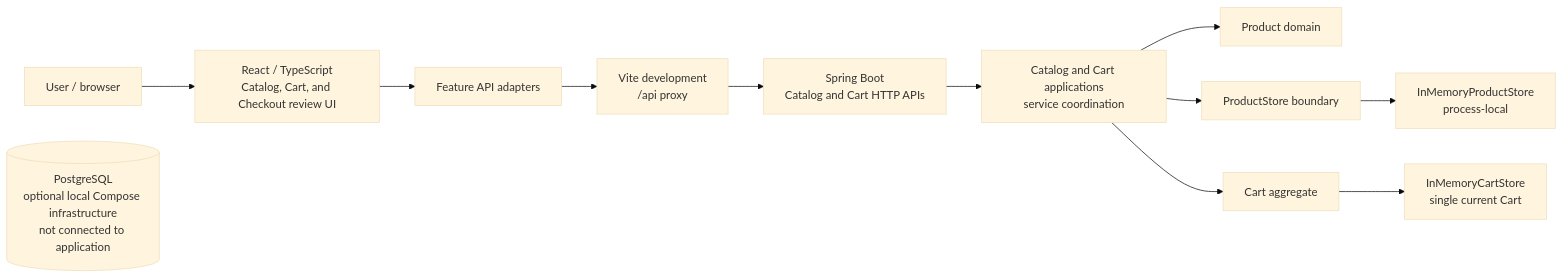
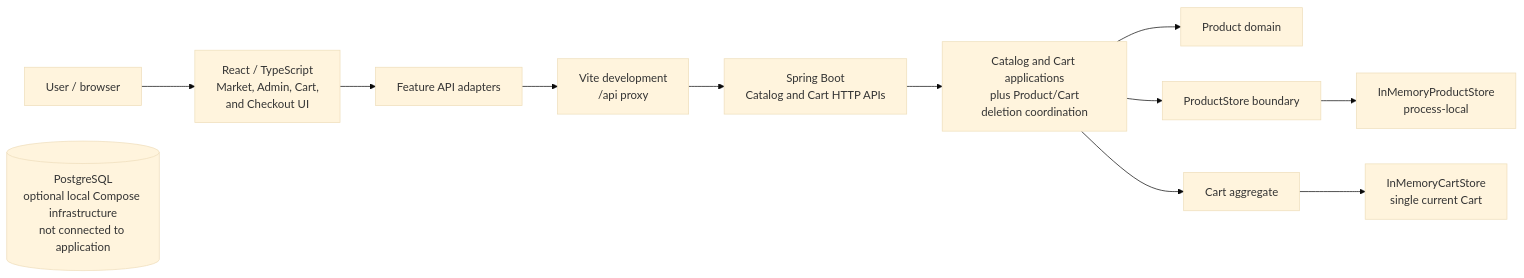
Before and after one commit to Samska/samska-sandbox: the first of 2 diagrams in README.md, drawn with Mermaid (base theme). The commit also changed other lines of this file and 38 other files, not shown here.

First line of the commit message:
feat(catalog): add Admin Catalog Management (#56)

````diff
--- a/README.md
+++ b/README.md
@@ -52,15 +54,15 @@
 ```mermaid
 flowchart LR
-    User[User / browser] --> UI[React / TypeScript<br/>Catalog, Cart, and Checkout review UI]
+    User[User / browser] --> UI[React / TypeScript<br/>Market, Admin, Cart,<br/>and Checkout UI]
     UI --> Adapter[Feature API adapters]
     Adapter --> Proxy[Vite development<br/>/api proxy]
     Proxy --> HTTP[Spring Boot<br/>Catalog and Cart HTTP APIs]
-    HTTP --> App[Catalog and Cart applications<br/>service coordination]
+    HTTP --> App[Catalog and Cart applications<br/>plus Product/Cart<br/>deletion coordination]
     App --> Domain[Product domain]
     App --> Store[ProductStore boundary]
     Store --> Memory[InMemoryProductStore<br/>process-local]
     App --> Cart[Cart aggregate]
     Cart --> CartMemory[InMemoryCartStore<br/>single current Cart]
 
     Postgres[(PostgreSQL<br/>optional local Compose infrastructure<br/>not connected to application)]
 ```
````
